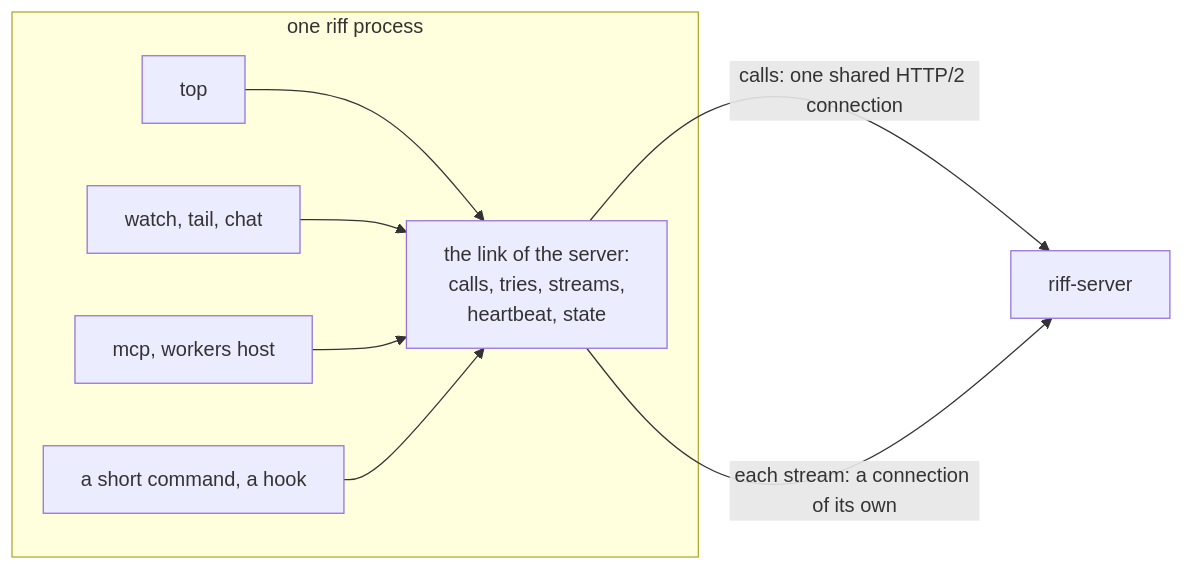
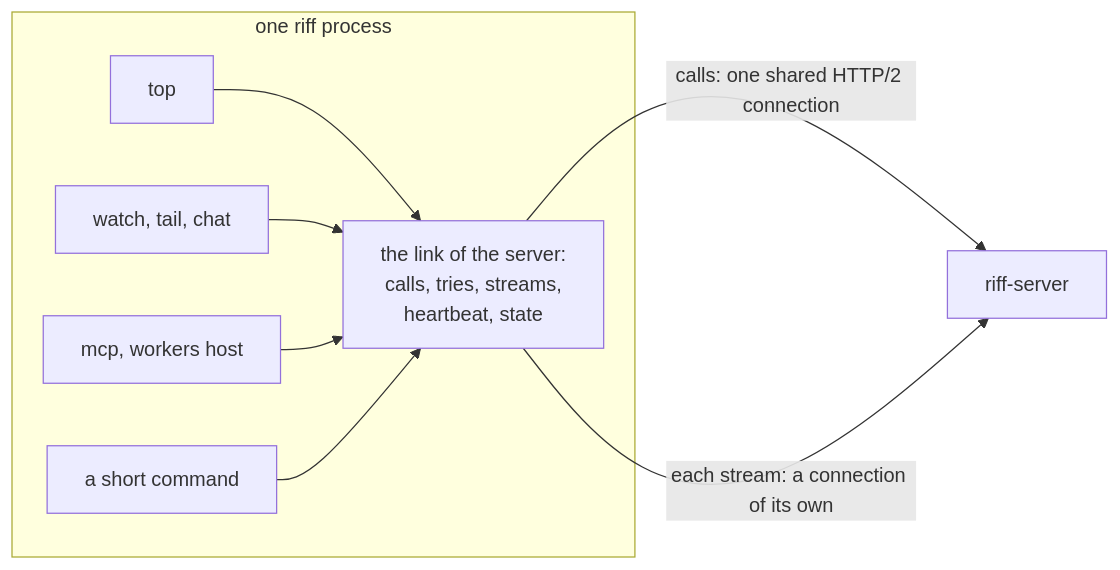
One commit to como-technologies/riff changed the first of 6 diagrams in docs/src/design-link.md. Above: the diagram before and after it, drawn with Mermaid. The commit also changed other lines of this file and 94 other files, not shown here.

````diff
--- a/docs/src/design-link.md
+++ b/docs/src/design-link.md
@@ -49,12 +49,12 @@
 ```mermaid
 flowchart LR
     subgraph riff [one riff process]
         C1[top] --> L
         C2[watch, tail, chat] --> L
         C3[mcp, workers host] --> L
-        C4[a short command, a hook] --> L
+        C4[a short command] --> L
         L["the link of the server:<br/>calls, tries, streams,<br/>heartbeat, state"]
     end
     L -->|"calls: one shared HTTP/2 connection"| S[riff-server]
     L -->|"each stream: a connection of its own"| S
 ```
````
